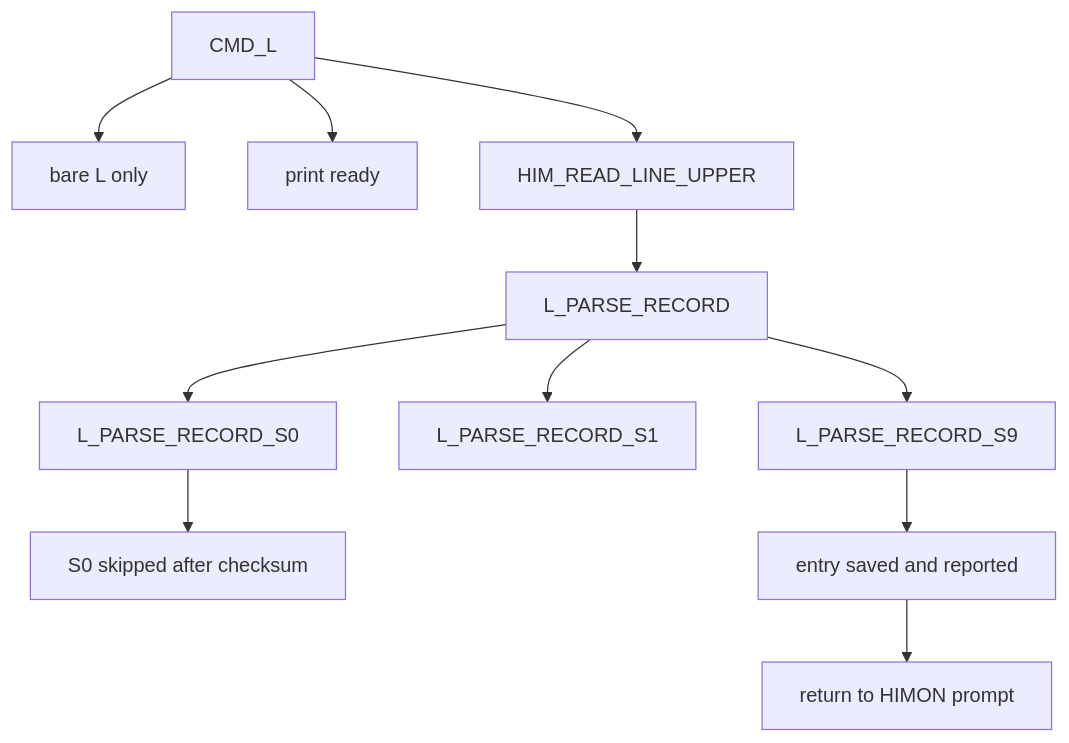
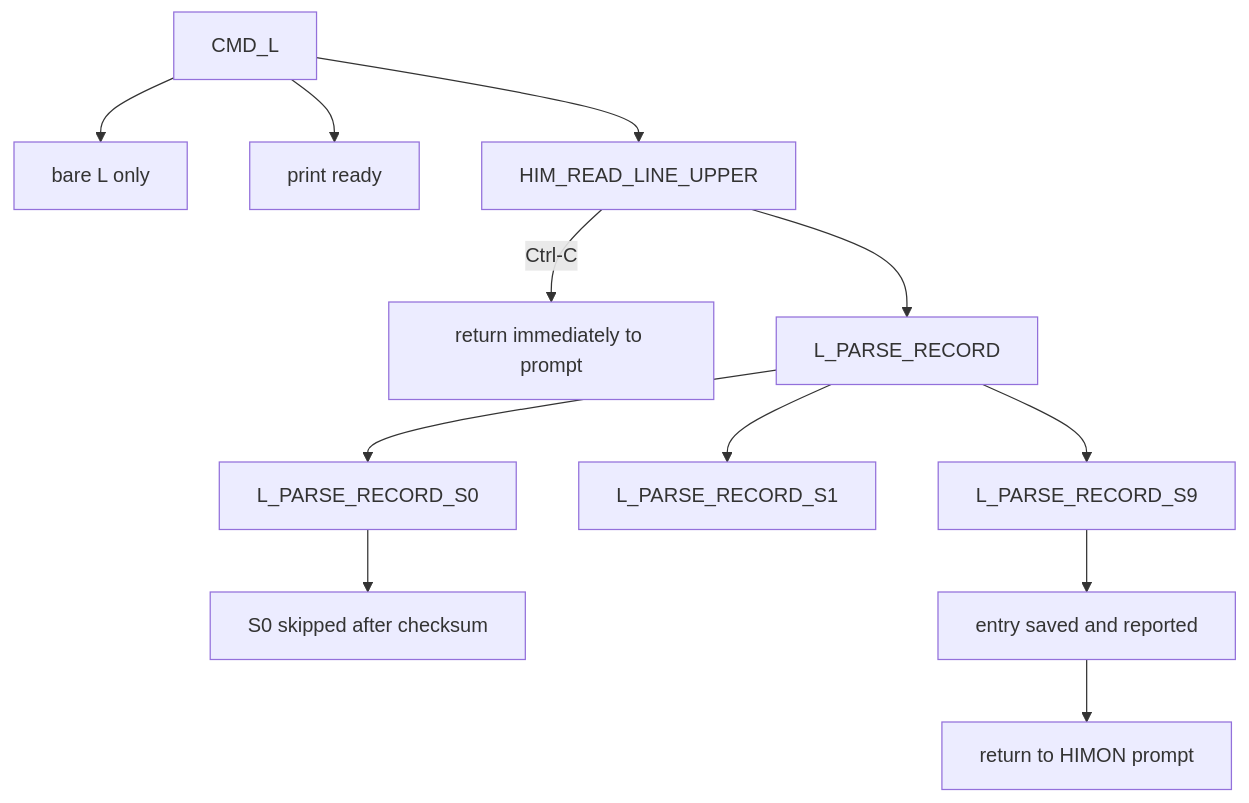
Before and after one commit to 95westus/R-YORS: diagram 11 of 19 in DOC/GUIDES/HIMON/HIMON_MAP.md, drawn with Mermaid. The commit also changed other lines of this file and 6 other files, not shown here.

````diff
--- a/DOC/GUIDES/HIMON/HIMON_MAP.md
+++ b/DOC/GUIDES/HIMON/HIMON_MAP.md
@@ -209,13 +209,14 @@
 ```mermaid
 flowchart TD
     L[CMD_L] --> ARGS[bare L only]
     L --> READY[print ready]
     L --> READ[HIM_READ_LINE_UPPER]
+    READ -->|Ctrl-C| ABORT[return immediately to prompt]
     READ --> PARSE[L_PARSE_RECORD]
     PARSE --> S0[L_PARSE_RECORD_S0]
     PARSE --> S1[L_PARSE_RECORD_S1]
     PARSE --> S9[L_PARSE_RECORD_S9]
     S0 --> SKIP[S0 skipped after checksum]
     S9 --> ENTRYSAVE[entry saved and reported]
     ENTRYSAVE --> RETURN[return to HIMON prompt]
 ```
````
